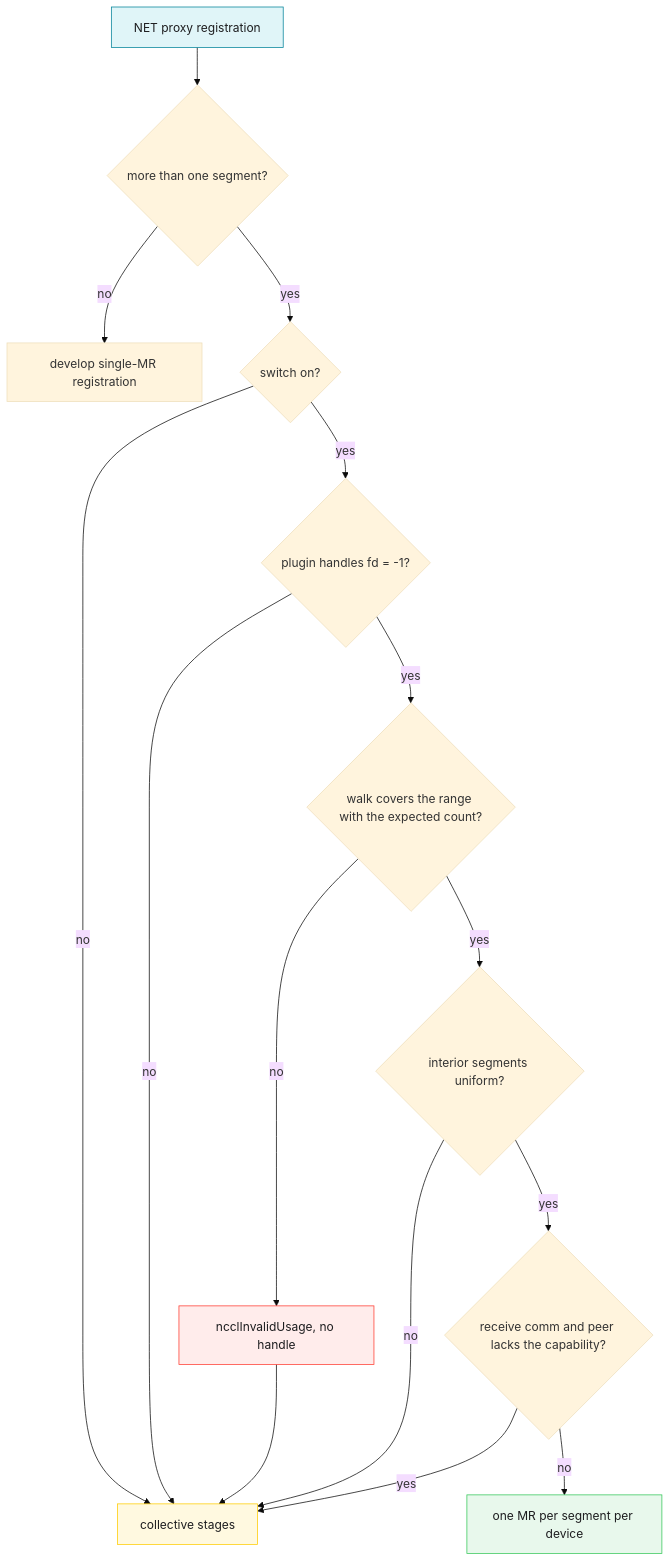
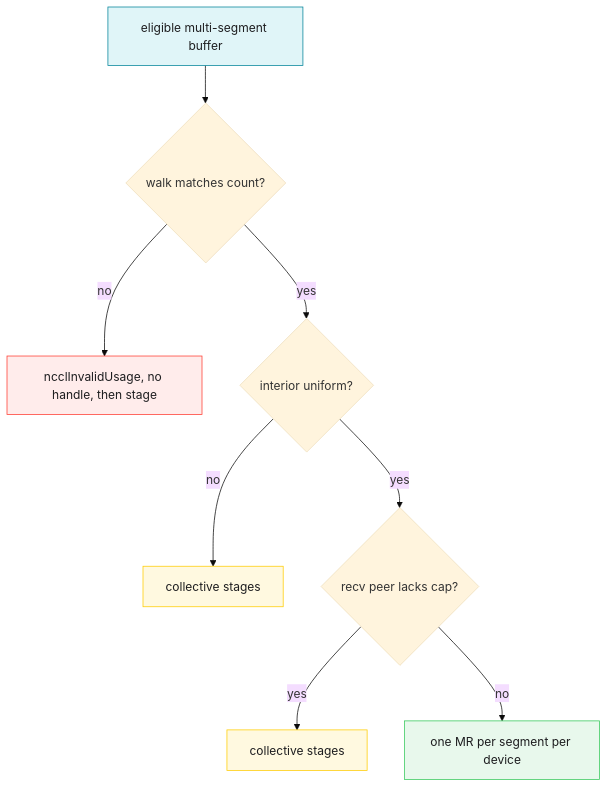
Before and after one commit to ROCm/rocm-systems: the third of 5 diagrams in projects/rccl/docs/design/multi_segment_netib_wire.md, drawn with Mermaid (base theme). The commit also changed other lines of this file and 18 other files, not shown here.

First line of the commit message:
docs: add new design diagrams and an AMD-style book build

````diff
--- a/projects/rccl/docs/design/multi_segment_netib_wire.md
+++ b/projects/rccl/docs/design/multi_segment_netib_wire.md
@@ -90,25 +109,19 @@
 ```mermaid
+%% caption: Classic NET/IB registration, part 2: layout checks
 flowchart TD
- reg["NET proxy registration"] --> n{"more than one segment?"}
- n -->|no| single["develop single-MR registration"]
- n -->|yes| sw{"switch on?"}
- sw -->|no| stage["collective stages"]
- sw -->|yes| fd{"plugin handles fd = -1?"}
- fd -->|no| stage
- fd -->|yes| walk{"walk covers the range with the expected count?"}
- walk -->|no| inv["ncclInvalidUsage, no handle"]
- inv --> stage
- walk -->|yes| uni{"interior segments uniform?"}
- uni -->|no| stage
- uni -->|yes| cap{"receive comm and peer lacks the capability?"}
- cap -->|yes| stage
+ chk["eligible multi-segment buffer"] --> walk{"walk matches count?"}
+ walk -->|no| inv["ncclInvalidUsage, no handle, then stage"]
+ walk -->|yes| uni{"interior uniform?"}
+ uni -->|no| st3["collective stages"]
+ uni -->|yes| cap{"recv peer lacks cap?"}
+ cap -->|yes| st4["collective stages"]
  cap -->|no| mrs["one MR per segment per device"]
  classDef netib fill:#e0f5f8,stroke:#008299,color:#1d1d1f
  classDef okpath fill:#e8f8ec,stroke:#34c759,color:#1d1d1f
  classDef stagepath fill:#fff9e0,stroke:#ffcc00,color:#1d1d1f
  classDef failpath fill:#ffeceb,stroke:#ff3b30,color:#1d1d1f
- class reg netib
+ class chk netib
  class mrs okpath
- class stage stagepath
+ class st3,st4 stagepath
  class inv failpath
 ```
````
